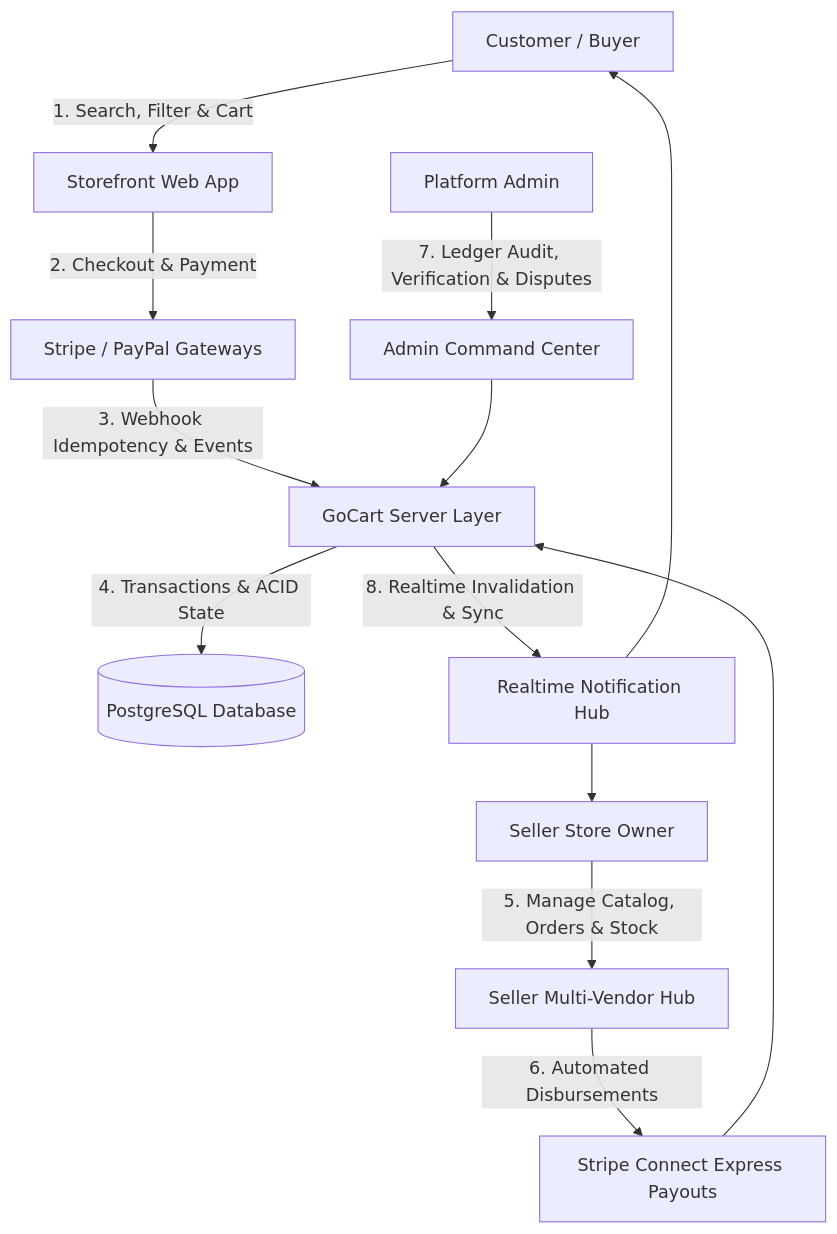
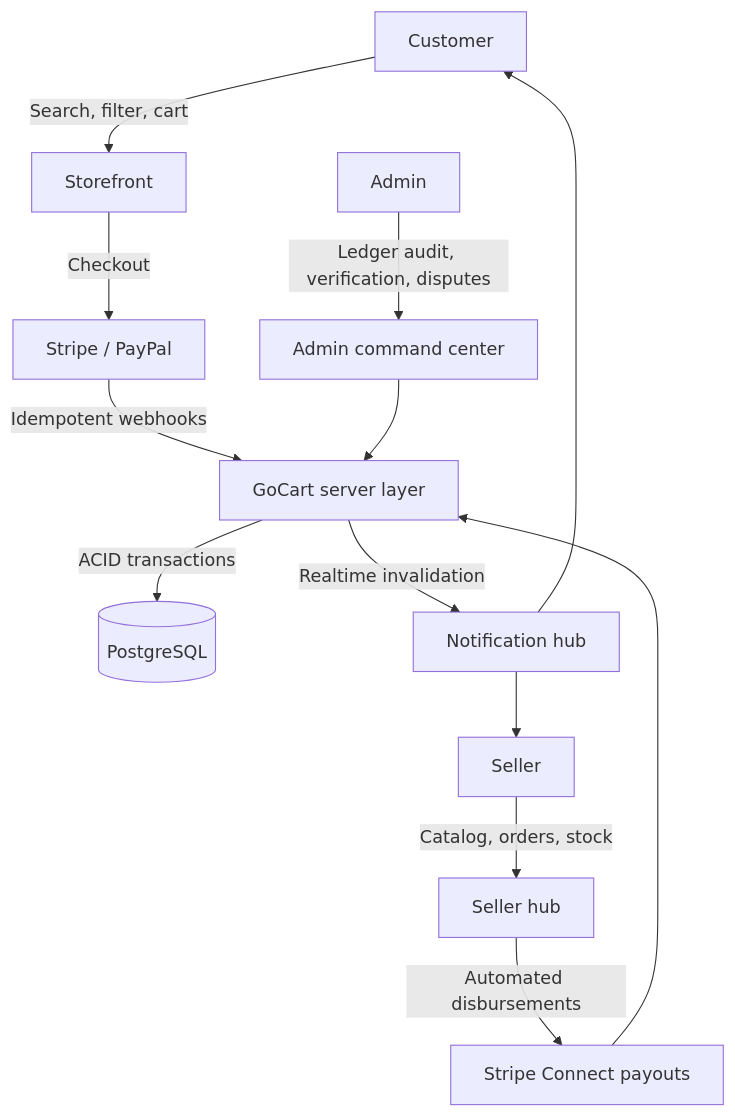
The diagram in README.md (rakibhasansohag/go-cart), drawn with Mermaid before and after one commit. The commit also changed other lines of this file and 31 other files, not shown here.

````diff
--- a/README.md
+++ b/README.md
@@ -36,15 +114,15 @@
 ```mermaid
 graph TD
-    A[Customer / Buyer] -->|1. Search, Filter & Cart| B[Storefront Web App]
-    B -->|2. Checkout & Payment| C[Stripe / PayPal Gateways]
-    C -->|3. Webhook Idempotency & Events| D[GoCart Server Layer]
-    D -->|4. Transactions & ACID State| E[(PostgreSQL Database)]
-    F[Seller Store Owner] -->|5. Manage Catalog, Orders & Stock| G[Seller Multi-Vendor Hub]
-    G -->|6. Automated Disbursements| H[Stripe Connect Express Payouts]
+    A[Customer] -->|Search, filter, cart| B[Storefront]
+    B -->|Checkout| C[Stripe / PayPal]
+    C -->|Idempotent webhooks| D[GoCart server layer]
+    D -->|ACID transactions| E[(PostgreSQL)]
+    F[Seller] -->|Catalog, orders, stock| G[Seller hub]
+    G -->|Automated disbursements| H[Stripe Connect payouts]
     H --> D
-    I[Platform Admin] -->|7. Ledger Audit, Verification & Disputes| J[Admin Command Center]
+    I[Admin] -->|Ledger audit, verification, disputes| J[Admin command center]
     J --> D
-    D -->|8. Realtime Invalidation & Sync| K[Realtime Notification Hub]
+    D -->|Realtime invalidation| K[Notification hub]
     K --> A
     K --> F
 ```
````
